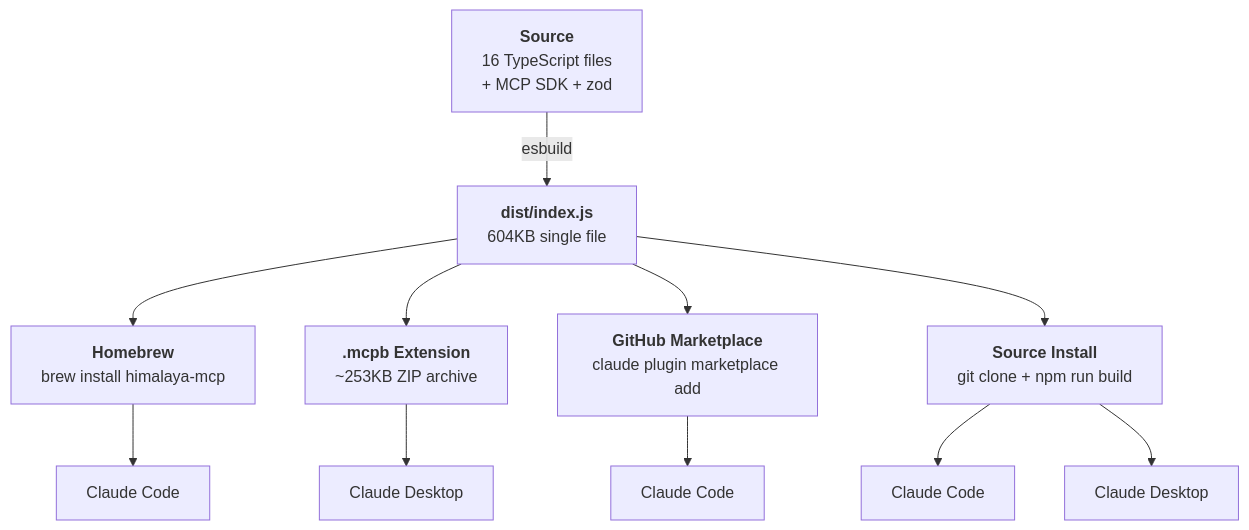
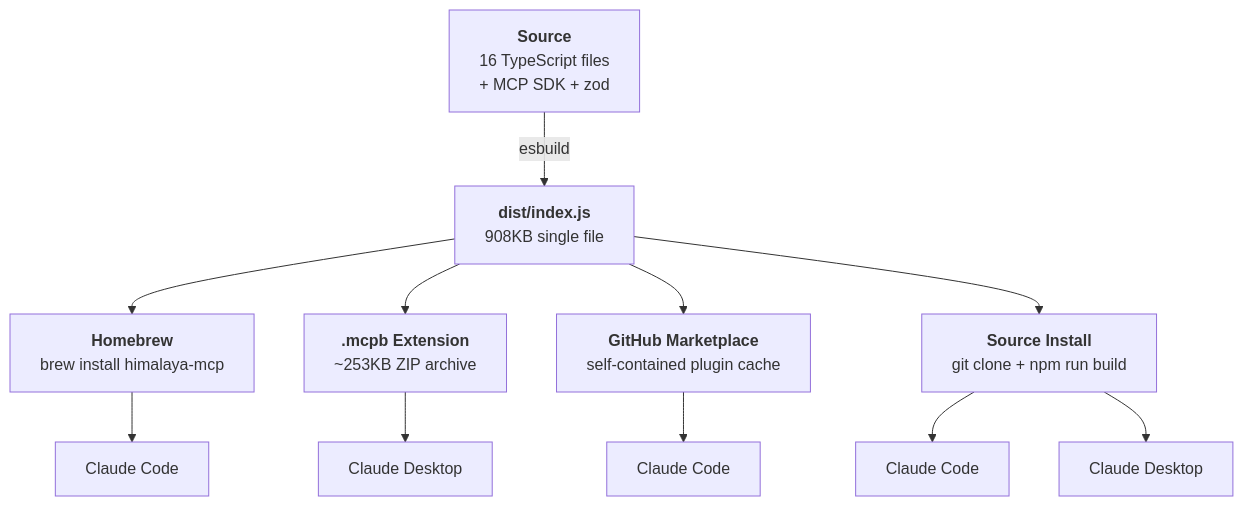
Before and after one commit to Data-Wise/himalaya-mcp: the diagram in docs/guide/packaging.md, drawn with Mermaid. The commit also changed other lines of this file and 11 other files, not shown here.

````diff
--- a/docs/guide/packaging.md
+++ b/docs/guide/packaging.md
@@ -16,22 +16,22 @@
 ```mermaid
 flowchart TD
     SRC["`**Source**
     16 TypeScript files
     + MCP SDK + zod`"] -->|esbuild| BUNDLE["`**dist/index.js**
-    604KB single file`"]
+    908KB single file`"]
 
     BUNDLE --> HB["`**Homebrew**
     brew install himalaya-mcp`"]
     BUNDLE --> MCPB["`**.mcpb Extension**
     ~253KB ZIP archive`"]
     BUNDLE --> GH["`**GitHub Marketplace**
-    claude plugin marketplace add`"]
+    self-contained plugin cache`"]
     BUNDLE --> DEV["`**Source Install**
     git clone + npm run build`"]
 
     HB --> CC1[Claude Code]
     GH --> CC2[Claude Code]
     DEV --> CC3[Claude Code]
     MCPB --> CD[Claude Desktop]
     DEV --> CD2[Claude Desktop]
 ```
````
